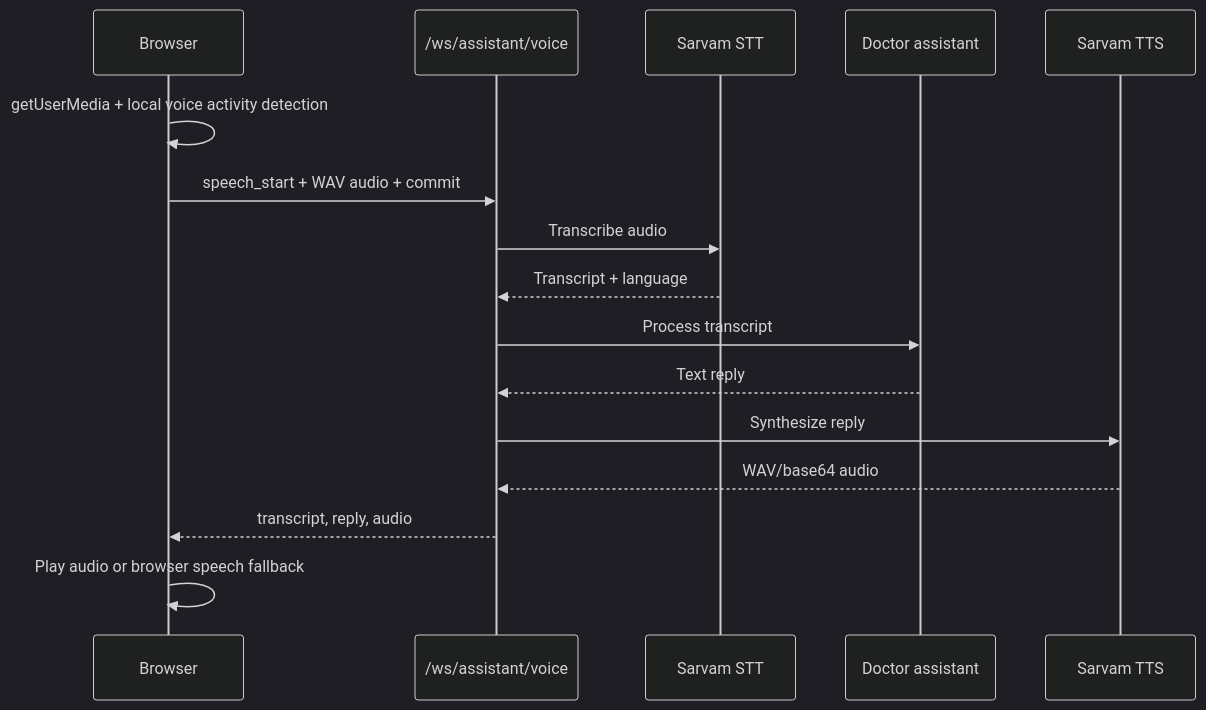
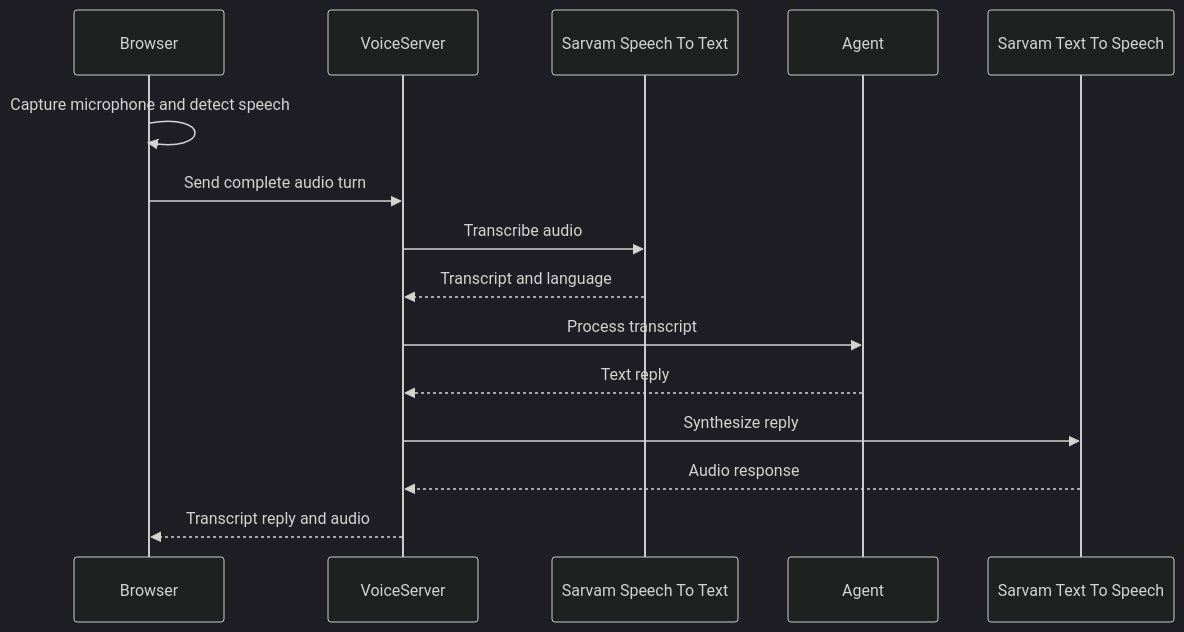
The seventh of 11 diagrams in SYSTEM_ARCHITECTURE.md (sumitsingh24k/Doctor_AI_Platform), drawn with Mermaid (dark theme) before and after one commit. The commit also changed other lines of this file and 2 other files, not shown here.

Commit message:
system architecture & project flow add

````diff
--- a/SYSTEM_ARCHITECTURE.md
+++ b/SYSTEM_ARCHITECTURE.md
@@ -210,19 +131,17 @@
 ```mermaid
 sequenceDiagram
-  participant Browser
-  participant WS as /ws/assistant/voice
-  participant STT as Sarvam STT
-  participant Agent as Doctor assistant
-  participant TTS as Sarvam TTS
-
-  Browser->>Browser: getUserMedia + local voice activity detection
-  Browser->>WS: speech_start + WAV audio + commit
-  WS->>STT: Transcribe audio
-  STT-->>WS: Transcript + language
-  WS->>Agent: Process transcript
-  Agent-->>WS: Text reply
-  WS->>TTS: Synthesize reply
-  TTS-->>WS: WAV/base64 audio
-  WS-->>Browser: transcript, reply, audio
-  Browser->>Browser: Play audio or browser speech fallback
+    participant Browser
+    participant VoiceServer
+    participant STT as Sarvam Speech To Text
+    participant Agent
+    participant TTS as Sarvam Text To Speech
+    Browser->>Browser: Capture microphone and detect speech
+    Browser->>VoiceServer: Send complete audio turn
+    VoiceServer->>STT: Transcribe audio
+    STT-->>VoiceServer: Transcript and language
+    VoiceServer->>Agent: Process transcript
+    Agent-->>VoiceServer: Text reply
+    VoiceServer->>TTS: Synthesize reply
+    TTS-->>VoiceServer: Audio response
+    VoiceServer-->>Browser: Transcript reply and audio
 ```
````
